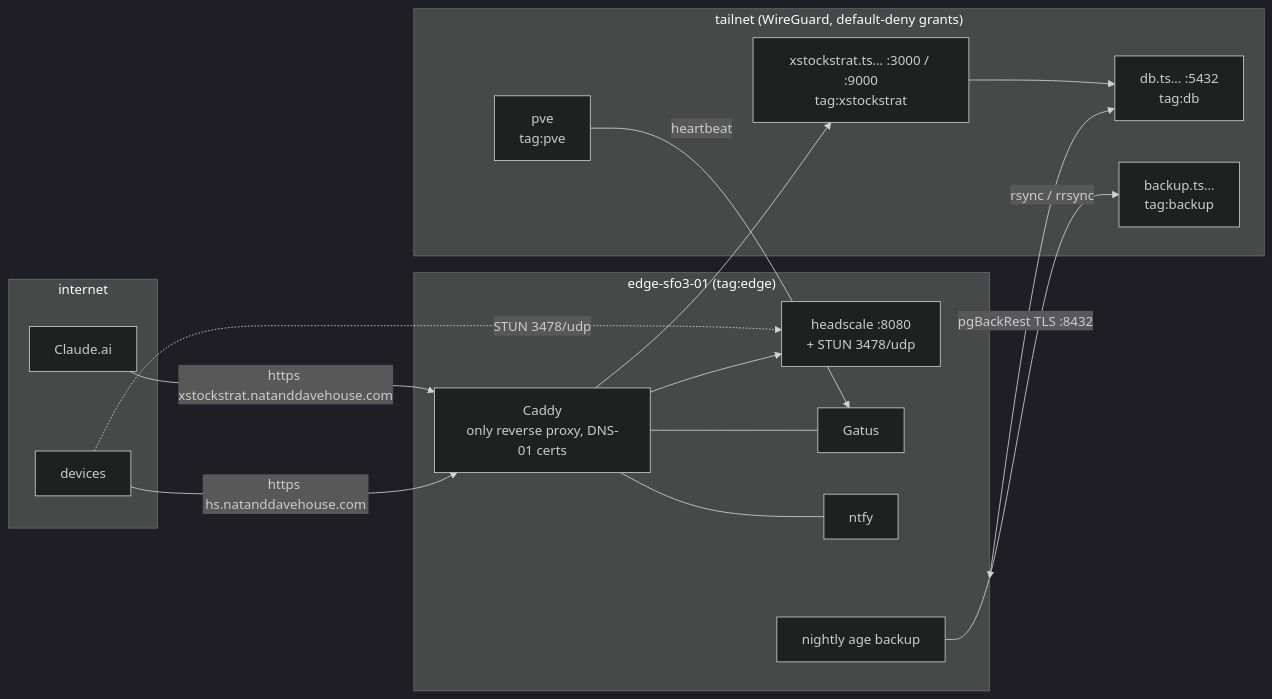
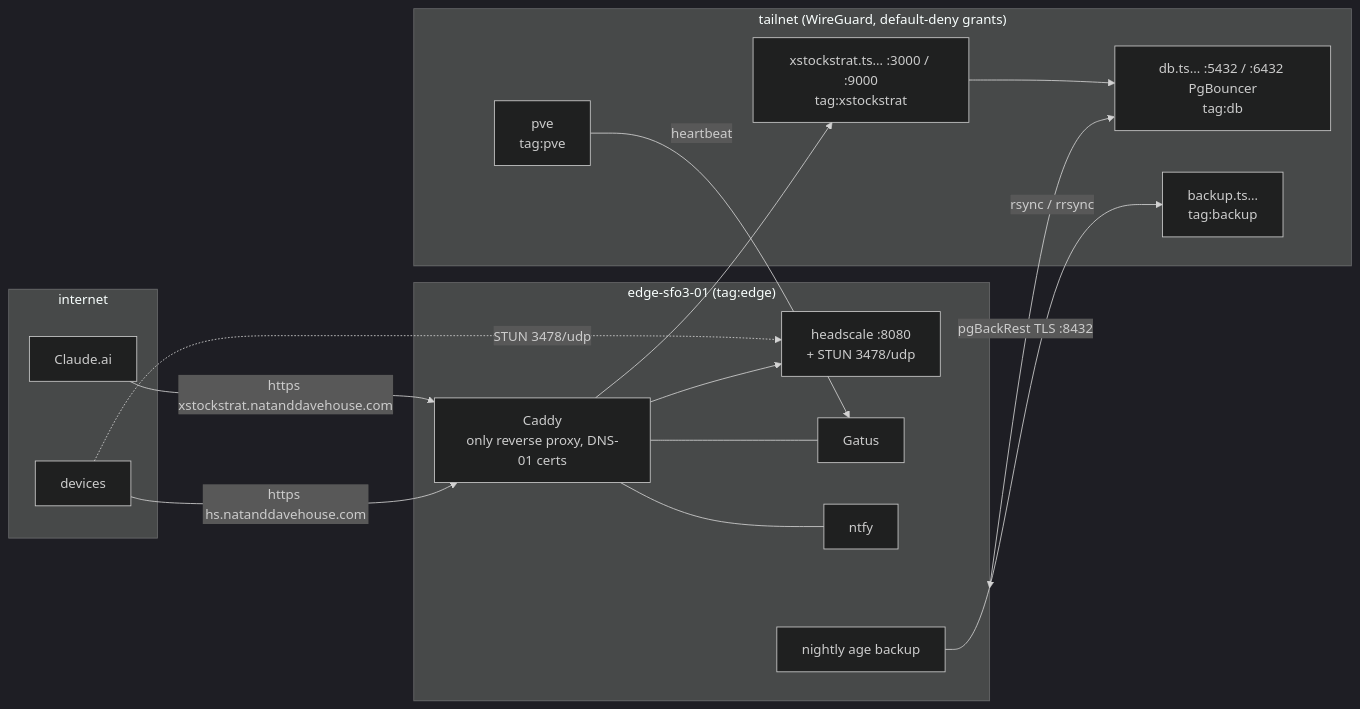
The diagram in README.md (davcs86/homelab-edge), drawn with Mermaid (dark theme) before and after one commit. The commit also changed other lines of this file and 17 other files, not shown here.

First line of the commit message:
policy/edge: tailnet-only staging route on :8443; PgBouncer and DB heartbeat wiring; drop stale tag:app text

````diff
--- a/README.md
+++ b/README.md
@@ -6,34 +6,34 @@
 ```mermaid
 flowchart LR
   subgraph internet["internet"]
     claude["Claude.ai"]
     devices["devices"]
   end
 
   subgraph edge["edge-sfo3-01 (tag:edge)"]
     caddy["Caddy<br/>only reverse proxy, DNS-01 certs"]
     headscale["headscale :8080<br/>+ STUN 3478/udp"]
     gatus["Gatus"]
     ntfy["ntfy"]
     backupjob["nightly age backup"]
   end
 
   subgraph tailnet["tailnet (WireGuard, default-deny grants)"]
     app["xstockstrat.ts… :3000 / :9000<br/>tag:xstockstrat"]
-    db["db.ts… :5432<br/>tag:db"]
+    db["db.ts… :5432 / :6432 PgBouncer<br/>tag:db"]
     pve["pve<br/>tag:pve"]
     backuphost["backup.ts…<br/>tag:backup"]
   end
 
   claude -- "https xstockstrat.natanddavehouse.com" --> caddy
   devices -- "https hs.natanddavehouse.com" --> caddy
   devices -. "STUN 3478/udp" .-> headscale
   caddy --> headscale
   caddy --> app
   caddy --- gatus
   caddy --- ntfy
   app --> db
   db <-- "pgBackRest TLS :8432" --> edge
   pve -- "heartbeat" --> gatus
   backupjob -- "rsync / rrsync" --> backuphost
 ```
````
